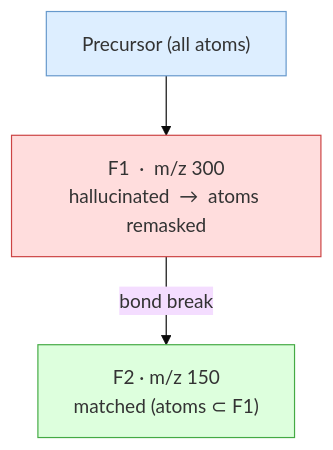
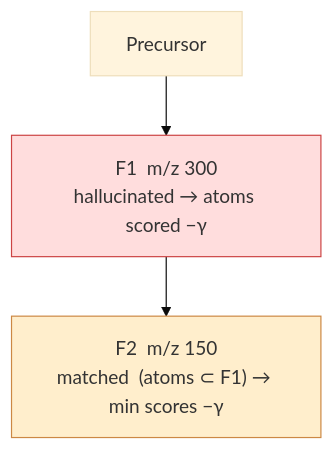
Before and after one commit to LZhang98/fragnnet: the first of 3 diagrams in docs/dag_guided_molecular_generation.md, drawn with Mermaid (base theme). The commit also changed other lines of this file, not shown here.

````diff
--- a/docs/dag_guided_molecular_generation.md
+++ b/docs/dag_guided_molecular_generation.md
@@ -91,12 +26,9 @@
 ```mermaid
 flowchart TD
-    P["Precursor (all atoms)"]
-    F1["F1  ·  m/z 300\nhallucinated  →  atoms remasked"]
-    F2["F2  ·  m/z 150\nmatched  (atoms ⊂ F1)"]
-
-    P --> F1 -->|bond break| F2
-
-    style P  fill:#ddeeff,stroke:#6699cc
+    P["Precursor"]
+    F1["F1  m/z 300\nhallucinated → atoms scored −γ"]
+    F2["F2  m/z 150\nmatched  (atoms ⊂ F1) → min scores −γ"]
+    P --> F1 --> F2
     style F1 fill:#ffdddd,stroke:#cc4444
-    style F2 fill:#ddffdd,stroke:#44aa44
+    style F2 fill:#ffeecc,stroke:#cc8844
 ```
````
